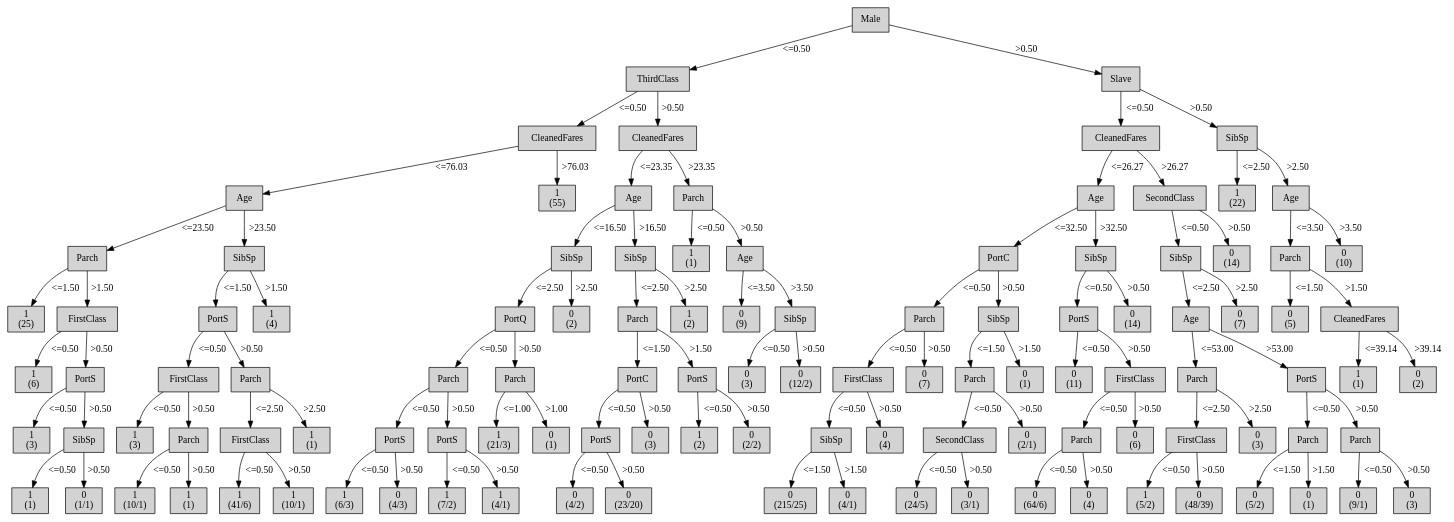
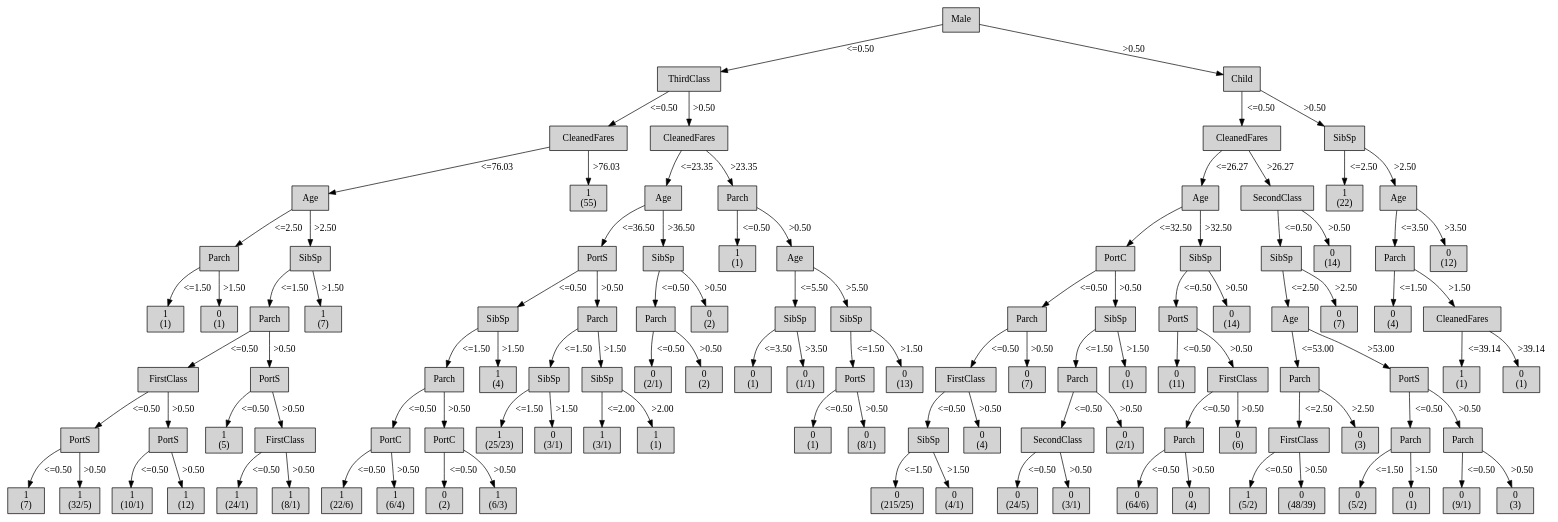
Before and after one commit to mklb/BI-Python3: the diagram in output/tree-generator-8/tree.dot, drawn with Graphviz. The commit also changed 14 other files, not shown here.

Commit message:
slave -> child

```diff
--- a/output/tree-generator-8/tree.dot
+++ b/output/tree-generator-8/tree.dot
@@ -12,395 +12,388 @@
 2 -> 3 [ label = "<=76.03"];
 "4" [shape=box, style=filled, label="Parch
 ", weight=5]
-3 -> 4 [ label = "<=23.50"];
+3 -> 4 [ label = "<=2.50"];
 "5" [shape=box, style=filled, label="1
-(25)
+(1)
 ", weight=6]
 4 -> 5 [ label = "<=1.50"];
-"6" [shape=box, style=filled, label="FirstClass
+"6" [shape=box, style=filled, label="0
+(1)
 ", weight=6]
 4 -> 6 [ label = ">1.50"];
-"7" [shape=box, style=filled, label="1
-(6)
+"7" [shape=box, style=filled, label="SibSp
+", weight=5]
+3 -> 7 [ label = ">2.50"];
+"8" [shape=box, style=filled, label="Parch
+", weight=6]
+7 -> 8 [ label = "<=1.50"];
+"9" [shape=box, style=filled, label="FirstClass
 ", weight=7]
-6 -> 7 [ label = "<=0.50"];
-"8" [shape=box, style=filled, label="PortS
-", weight=7]
-6 -> 8 [ label = ">0.50"];
-"9" [shape=box, style=filled, label="1
-(3)
+8 -> 9 [ label = "<=0.50"];
+"10" [shape=box, style=filled, label="PortS
 ", weight=8]
-8 -> 9 [ label = "<=0.50"];
-"10" [shape=box, style=filled, label="SibSp
-", weight=8]
-8 -> 10 [ label = ">0.50"];
+9 -> 10 [ label = "<=0.50"];
 "11" [shape=box, style=filled, label="1
-(1)
+(7)
 ", weight=9]
 10 -> 11 [ label = "<=0.50"];
-"12" [shape=box, style=filled, label="0
-(1/1)
+"12" [shape=box, style=filled, label="1
+(32/5)
 ", weight=9]
 10 -> 12 [ label = ">0.50"];
-"13" [shape=box, style=filled, label="SibSp
-", weight=5]
-3 -> 13 [ label = ">23.50"];
-"14" [shape=box, style=filled, label="PortS
-", weight=6]
-13 -> 14 [ label = "<=1.50"];
-"15" [shape=box, style=filled, label="FirstClass
-", weight=7]
-14 -> 15 [ label = "<=0.50"];
-"16" [shape=box, style=filled, label="1
-(3)
+"13" [shape=box, style=filled, label="PortS
 ", weight=8]
-15 -> 16 [ label = "<=0.50"];
-"17" [shape=box, style=filled, label="Parch
-", weight=8]
-15 -> 17 [ label = ">0.50"];
-"18" [shape=box, style=filled, label="1
+9 -> 13 [ label = ">0.50"];
+"14" [shape=box, style=filled, label="1
 (10/1)
 ", weight=9]
-17 -> 18 [ label = "<=0.50"];
+13 -> 14 [ label = "<=0.50"];
+"15" [shape=box, style=filled, label="1
+(12)
+", weight=9]
+13 -> 15 [ label = ">0.50"];
+"16" [shape=box, style=filled, label="PortS
+", weight=7]
+8 -> 16 [ label = ">0.50"];
+"17" [shape=box, style=filled, label="1
+(5)
+", weight=8]
+16 -> 17 [ label = "<=0.50"];
+"18" [shape=box, style=filled, label="FirstClass
+", weight=8]
+16 -> 18 [ label = ">0.50"];
 "19" [shape=box, style=filled, label="1
-(1)
+(24/1)
 ", weight=9]
-17 -> 19 [ label = ">0.50"];
-"20" [shape=box, style=filled, label="Parch
-", weight=7]
-14 -> 20 [ label = ">0.50"];
-"21" [shape=box, style=filled, label="FirstClass
-", weight=8]
-20 -> 21 [ label = "<=2.50"];
+18 -> 19 [ label = "<=0.50"];
+"20" [shape=box, style=filled, label="1
+(8/1)
+", weight=9]
+18 -> 20 [ label = ">0.50"];
+"21" [shape=box, style=filled, label="1
+(7)
+", weight=6]
+7 -> 21 [ label = ">1.50"];
 "22" [shape=box, style=filled, label="1
-(41/6)
-", weight=9]
-21 -> 22 [ label = "<=0.50"];
-"23" [shape=box, style=filled, label="1
-(10/1)
-", weight=9]
-21 -> 23 [ label = ">0.50"];
-"24" [shape=box, style=filled, label="1
-(1)
-", weight=8]
-20 -> 24 [ label = ">2.50"];
-"25" [shape=box, style=filled, label="1
-(4)
-", weight=6]
-13 -> 25 [ label = ">1.50"];
-"26" [shape=box, style=filled, label="1
 (55)
 ", weight=4]
-2 -> 26 [ label = ">76.03"];
-"27" [shape=box, style=filled, label="CleanedFares
+2 -> 22 [ label = ">76.03"];
+"23" [shape=box, style=filled, label="CleanedFares
 ", weight=3]
-1 -> 27 [ label = ">0.50"];
-"28" [shape=box, style=filled, label="Age
+1 -> 23 [ label = ">0.50"];
+"24" [shape=box, style=filled, label="Age
 ", weight=4]
-27 -> 28 [ label = "<=23.35"];
-"29" [shape=box, style=filled, label="SibSp
+23 -> 24 [ label = "<=23.35"];
+"25" [shape=box, style=filled, label="PortS
 ", weight=5]
-28 -> 29 [ label = "<=16.50"];
-"30" [shape=box, style=filled, label="PortQ
+24 -> 25 [ label = "<=36.50"];
+"26" [shape=box, style=filled, label="SibSp
 ", weight=6]
-29 -> 30 [ label = "<=2.50"];
-"31" [shape=box, style=filled, label="Parch
+25 -> 26 [ label = "<=0.50"];
+"27" [shape=box, style=filled, label="Parch
 ", weight=7]
-30 -> 31 [ label = "<=0.50"];
-"32" [shape=box, style=filled, label="PortS
+26 -> 27 [ label = "<=1.50"];
+"28" [shape=box, style=filled, label="PortC
 ", weight=8]
+27 -> 28 [ label = "<=0.50"];
+"29" [shape=box, style=filled, label="1
+(22/6)
+", weight=9]
+28 -> 29 [ label = "<=0.50"];
+"30" [shape=box, style=filled, label="1
+(6/4)
+", weight=9]
+28 -> 30 [ label = ">0.50"];
+"31" [shape=box, style=filled, label="PortC
+", weight=8]
+27 -> 31 [ label = ">0.50"];
+"32" [shape=box, style=filled, label="0
+(2)
+", weight=9]
 31 -> 32 [ label = "<=0.50"];
 "33" [shape=box, style=filled, label="1
 (6/3)
 ", weight=9]
-32 -> 33 [ label = "<=0.50"];
-"34" [shape=box, style=filled, label="0
-(4/3)
+31 -> 33 [ label = ">0.50"];
+"34" [shape=box, style=filled, label="1
+(4)
+", weight=7]
+26 -> 34 [ label = ">1.50"];
+"35" [shape=box, style=filled, label="Parch
+", weight=6]
+25 -> 35 [ label = ">0.50"];
+"36" [shape=box, style=filled, label="SibSp
+", weight=7]
+35 -> 36 [ label = "<=1.50"];
+"37" [shape=box, style=filled, label="1
+(25/23)
+", weight=8]
+36 -> 37 [ label = "<=1.50"];
+"38" [shape=box, style=filled, label="0
+(3/1)
+", weight=8]
+36 -> 38 [ label = ">1.50"];
+"39" [shape=box, style=filled, label="SibSp
+", weight=7]
+35 -> 39 [ label = ">1.50"];
+"40" [shape=box, style=filled, label="1
+(3/1)
+", weight=8]
+39 -> 40 [ label = "<=2.00"];
+"41" [shape=box, style=filled, label="1
+(1)
+", weight=8]
+39 -> 41 [ label = ">2.00"];
+"42" [shape=box, style=filled, label="SibSp
+", weight=5]
+24 -> 42 [ label = ">36.50"];
+"43" [shape=box, style=filled, label="Parch
+", weight=6]
+42 -> 43 [ label = "<=0.50"];
+"44" [shape=box, style=filled, label="0
+(2/1)
+", weight=7]
+43 -> 44 [ label = "<=0.50"];
+"45" [shape=box, style=filled, label="0
+(2)
+", weight=7]
+43 -> 45 [ label = ">0.50"];
+"46" [shape=box, style=filled, label="0
+(2)
+", weight=6]
+42 -> 46 [ label = ">0.50"];
+"47" [shape=box, style=filled, label="Parch
+", weight=4]
+23 -> 47 [ label = ">23.35"];
+"48" [shape=box, style=filled, label="1
+(1)
+", weight=5]
+47 -> 48 [ label = "<=0.50"];
+"49" [shape=box, style=filled, label="Age
+", weight=5]
+47 -> 49 [ label = ">0.50"];
+"50" [shape=box, style=filled, label="SibSp
+", weight=6]
+49 -> 50 [ label = "<=5.50"];
+"51" [shape=box, style=filled, label="0
+(1)
+", weight=7]
+50 -> 51 [ label = "<=3.50"];
+"52" [shape=box, style=filled, label="0
+(1/1)
+", weight=7]
+50 -> 52 [ label = ">3.50"];
+"53" [shape=box, style=filled, label="SibSp
+", weight=6]
+49 -> 53 [ label = ">5.50"];
+"54" [shape=box, style=filled, label="PortS
+", weight=7]
+53 -> 54 [ label = "<=1.50"];
+"55" [shape=box, style=filled, label="0
+(1)
+", weight=8]
+54 -> 55 [ label = "<=0.50"];
+"56" [shape=box, style=filled, label="0
+(8/1)
+", weight=8]
+54 -> 56 [ label = ">0.50"];
+"57" [shape=box, style=filled, label="0
+(13)
+", weight=7]
+53 -> 57 [ label = ">1.50"];
+"58" [shape=box, style=filled, label="Child
+", weight=2]
+0 -> 58 [ label = ">0.50"];
+"59" [shape=box, style=filled, label="CleanedFares
+", weight=3]
+58 -> 59 [ label = "<=0.50"];
+"60" [shape=box, style=filled, label="Age
+", weight=4]
+59 -> 60 [ label = "<=26.27"];
+"61" [shape=box, style=filled, label="PortC
+", weight=5]
+60 -> 61 [ label = "<=32.50"];
+"62" [shape=box, style=filled, label="Parch
+", weight=6]
+61 -> 62 [ label = "<=0.50"];
+"63" [shape=box, style=filled, label="FirstClass
+", weight=7]
+62 -> 63 [ label = "<=0.50"];
+"64" [shape=box, style=filled, label="SibSp
+", weight=8]
+63 -> 64 [ label = "<=0.50"];
+"65" [shape=box, style=filled, label="0
+(215/25)
 ", weight=9]
-32 -> 34 [ label = ">0.50"];
-"35" [shape=box, style=filled, label="PortS
-", weight=8]
-31 -> 35 [ label = ">0.50"];
-"36" [shape=box, style=filled, label="1
-(7/2)
-", weight=9]
-35 -> 36 [ label = "<=0.50"];
-"37" [shape=box, style=filled, label="1
+64 -> 65 [ label = "<=1.50"];
+"66" [shape=box, style=filled, label="0
 (4/1)
 ", weight=9]
-35 -> 37 [ label = ">0.50"];
-"38" [shape=box, style=filled, label="Parch
+64 -> 66 [ label = ">1.50"];
+"67" [shape=box, style=filled, label="0
+(4)
+", weight=8]
+63 -> 67 [ label = ">0.50"];
+"68" [shape=box, style=filled, label="0
+(7)
 ", weight=7]
-30 -> 38 [ label = ">0.50"];
-"39" [shape=box, style=filled, label="1
-(21/3)
+62 -> 68 [ label = ">0.50"];
+"69" [shape=box, style=filled, label="SibSp
+", weight=6]
+61 -> 69 [ label = ">0.50"];
+"70" [shape=box, style=filled, label="Parch
+", weight=7]
+69 -> 70 [ label = "<=1.50"];
+"71" [shape=box, style=filled, label="SecondClass
 ", weight=8]
-38 -> 39 [ label = "<=1.00"];
-"40" [shape=box, style=filled, label="0
+70 -> 71 [ label = "<=0.50"];
+"72" [shape=box, style=filled, label="0
+(24/5)
+", weight=9]
+71 -> 72 [ label = "<=0.50"];
+"73" [shape=box, style=filled, label="0
+(3/1)
+", weight=9]
+71 -> 73 [ label = ">0.50"];
+"74" [shape=box, style=filled, label="0
+(2/1)
+", weight=8]
+70 -> 74 [ label = ">0.50"];
+"75" [shape=box, style=filled, label="0
 (1)
+", weight=7]
+69 -> 75 [ label = ">1.50"];
+"76" [shape=box, style=filled, label="SibSp
+", weight=5]
+60 -> 76 [ label = ">32.50"];
+"77" [shape=box, style=filled, label="PortS
+", weight=6]
+76 -> 77 [ label = "<=0.50"];
+"78" [shape=box, style=filled, label="0
+(11)
+", weight=7]
+77 -> 78 [ label = "<=0.50"];
+"79" [shape=box, style=filled, label="FirstClass
+", weight=7]
+77 -> 79 [ label = ">0.50"];
+"80" [shape=box, style=filled, label="Parch
 ", weight=8]
-38 -> 40 [ label = ">1.00"];
-"41" [shape=box, style=filled, label="0
-(2)
+79 -> 80 [ label = "<=0.50"];
+"81" [shape=box, style=filled, label="0
+(64/6)
+", weight=9]
+80 -> 81 [ label = "<=0.50"];
+"82" [shape=box, style=filled, label="0
+(4)
+", weight=9]
+80 -> 82 [ label = ">0.50"];
+"83" [shape=box, style=filled, label="0
+(6)
+", weight=8]
+79 -> 83 [ label = ">0.50"];
+"84" [shape=box, style=filled, label="0
+(14)
 ", weight=6]
-29 -> 41 [ label = ">2.50"];
-"42" [shape=box, style=filled, label="SibSp
+76 -> 84 [ label = ">0.50"];
+"85" [shape=box, style=filled, label="SecondClass
+", weight=4]
+59 -> 85 [ label = ">26.27"];
+"86" [shape=box, style=filled, label="SibSp
 ", weight=5]
-28 -> 42 [ label = ">16.50"];
-"43" [shape=box, style=filled, label="Parch
+85 -> 86 [ label = "<=0.50"];
+"87" [shape=box, style=filled, label="Age
 ", weight=6]
-42 -> 43 [ label = "<=2.50"];
-"44" [shape=box, style=filled, label="PortC
+86 -> 87 [ label = "<=2.50"];
+"88" [shape=box, style=filled, label="Parch
 ", weight=7]
-43 -> 44 [ label = "<=1.50"];
-"45" [shape=box, style=filled, label="PortS
+87 -> 88 [ label = "<=53.00"];
+"89" [shape=box, style=filled, label="FirstClass
 ", weight=8]
-44 -> 45 [ label = "<=0.50"];
-"46" [shape=box, style=filled, label="0
-(4/2)
+88 -> 89 [ label = "<=2.50"];
+"90" [shape=box, style=filled, label="1
+(5/2)
 ", weight=9]
-45 -> 46 [ label = "<=0.50"];
-"47" [shape=box, style=filled, label="0
-(23/20)
+89 -> 90 [ label = "<=0.50"];
+"91" [shape=box, style=filled, label="0
+(48/39)
 ", weight=9]
-45 -> 47 [ label = ">0.50"];
-"48" [shape=box, style=filled, label="0
+89 -> 91 [ label = ">0.50"];
+"92" [shape=box, style=filled, label="0
 (3)
 ", weight=8]
-44 -> 48 [ label = ">0.50"];
-"49" [shape=box, style=filled, label="PortS
+88 -> 92 [ label = ">2.50"];
+"93" [shape=box, style=filled, label="PortS
 ", weight=7]
-43 -> 49 [ label = ">1.50"];
-"50" [shape=box, style=filled, label="1
-(2)
+87 -> 93 [ label = ">53.00"];
+"94" [shape=box, style=filled, label="Parch
 ", weight=8]
-49 -> 50 [ label = "<=0.50"];
-"51" [shape=box, style=filled, label="0
-(2/2)
+93 -> 94 [ label = "<=0.50"];
+"95" [shape=box, style=filled, label="0
+(5/2)
+", weight=9]
+94 -> 95 [ label = "<=1.50"];
+"96" [shape=box, style=filled, label="0
+(1)
+", weight=9]
+94 -> 96 [ label = ">1.50"];
+"97" [shape=box, style=filled, label="Parch
 ", weight=8]
-49 -> 51 [ label = ">0.50"];
-"52" [shape=box, style=filled, label="1
-(2)
+93 -> 97 [ label = ">0.50"];
+"98" [shape=box, style=filled, label="0
+(9/1)
+", weight=9]
+97 -> 98 [ label = "<=0.50"];
+"99" [shape=box, style=filled, label="0
+(3)
+", weight=9]
+97 -> 99 [ label = ">0.50"];
+"100" [shape=box, style=filled, label="0
+(7)
 ", weight=6]
-42 -> 52 [ label = ">2.50"];
-"53" [shape=box, style=filled, label="Parch
+86 -> 100 [ label = ">2.50"];
+"101" [shape=box, style=filled, label="0
+(14)
+", weight=5]
+85 -> 101 [ label = ">0.50"];
+"102" [shape=box, style=filled, label="SibSp
+", weight=3]
+58 -> 102 [ label = ">0.50"];
+"103" [shape=box, style=filled, label="1
+(22)
 ", weight=4]
-27 -> 53 [ label = ">23.35"];
-"54" [shape=box, style=filled, label="1
-(1)
+102 -> 103 [ label = "<=2.50"];
+"104" [shape=box, style=filled, label="Age
+", weight=4]
+102 -> 104 [ label = ">2.50"];
+"105" [shape=box, style=filled, label="Parch
 ", weight=5]
-53 -> 54 [ label = "<=0.50"];
-"55" [shape=box, style=filled, label="Age
-", weight=5]
-53 -> 55 [ label = ">0.50"];
-"56" [shape=box, style=filled, label="0
-(9)
+104 -> 105 [ label = "<=3.50"];
+"106" [shape=box, style=filled, label="0
+(4)
 ", weight=6]
-55 -> 56 [ label = "<=3.50"];
-"57" [shape=box, style=filled, label="SibSp
+105 -> 106 [ label = "<=1.50"];
+"107" [shape=box, style=filled, label="CleanedFares
 ", weight=6]
-55 -> 57 [ label = ">3.50"];
-"58" [shape=box, style=filled, label="0
-(3)
-", weight=7]
-57 -> 58 [ label = "<=0.50"];
-"59" [shape=box, style=filled, label="0
-(12/2)
-", weight=7]
-57 -> 59 [ label = ">0.50"];
-"60" [shape=box, style=filled, label="Slave
-", weight=2]
-0 -> 60 [ label = ">0.50"];
-"61" [shape=box, style=filled, label="CleanedFares
-", weight=3]
-60 -> 61 [ label = "<=0.50"];
-"62" [shape=box, style=filled, label="Age
-", weight=4]
-61 -> 62 [ label = "<=26.27"];
-"63" [shape=box, style=filled, label="PortC
-", weight=5]
-62 -> 63 [ label = "<=32.50"];
-"64" [shape=box, style=filled, label="Parch
-", weight=6]
-63 -> 64 [ label = "<=0.50"];
-"65" [shape=box, style=filled, label="FirstClass
-", weight=7]
-64 -> 65 [ label = "<=0.50"];
-"66" [shape=box, style=filled, label="SibSp
-", weight=8]
-65 -> 66 [ label = "<=0.50"];
-"67" [shape=box, style=filled, label="0
-(215/25)
-", weight=9]
-66 -> 67 [ label = "<=1.50"];
-"68" [shape=box, style=filled, label="0
-(4/1)
-", weight=9]
-66 -> 68 [ label = ">1.50"];
-"69" [shape=box, style=filled, label="0
-(4)
-", weight=8]
-65 -> 69 [ label = ">0.50"];
-"70" [shape=box, style=filled, label="0
-(7)
-", weight=7]
-64 -> 70 [ label = ">0.50"];
-"71" [shape=box, style=filled, label="SibSp
-", weight=6]
-63 -> 71 [ label = ">0.50"];
-"72" [shape=box, style=filled, label="Parch
-", weight=7]
-71 -> 72 [ label = "<=1.50"];
-"73" [shape=box, style=filled, label="SecondClass
-", weight=8]
-72 -> 73 [ label = "<=0.50"];
-"74" [shape=box, style=filled, label="0
-(24/5)
-", weight=9]
-73 -> 74 [ label = "<=0.50"];
-"75" [shape=box, style=filled, label="0
-(3/1)
-", weight=9]
-73 -> 75 [ label = ">0.50"];
-"76" [shape=box, style=filled, label="0
-(2/1)
-", weight=8]
-72 -> 76 [ label = ">0.50"];
-"77" [shape=box, style=filled, label="0
+105 -> 107 [ label = ">1.50"];
+"108" [shape=box, style=filled, label="1
 (1)
 ", weight=7]
-71 -> 77 [ label = ">1.50"];
-"78" [shape=box, style=filled, label="SibSp
-", weight=5]
-62 -> 78 [ label = ">32.50"];
-"79" [shape=box, style=filled, label="PortS
-", weight=6]
-78 -> 79 [ label = "<=0.50"];
-"80" [shape=box, style=filled, label="0
-(11)
-", weight=7]
-79 -> 80 [ label = "<=0.50"];
-"81" [shape=box, style=filled, label="FirstClass
-", weight=7]
-79 -> 81 [ label = ">0.50"];
-"82" [shape=box, style=filled, label="Parch
-", weight=8]
-81 -> 82 [ label = "<=0.50"];
-"83" [shape=box, style=filled, label="0
-(64/6)
-", weight=9]
-82 -> 83 [ label = "<=0.50"];
-"84" [shape=box, style=filled, label="0
-(4)
-", weight=9]
-82 -> 84 [ label = ">0.50"];
-"85" [shape=box, style=filled, label="0
-(6)
-", weight=8]
-81 -> 85 [ label = ">0.50"];
-"86" [shape=box, style=filled, label="0
-(14)
-", weight=6]
-78 -> 86 [ label = ">0.50"];
-"87" [shape=box, style=filled, label="SecondClass
-", weight=4]
-61 -> 87 [ label = ">26.27"];
-"88" [shape=box, style=filled, label="SibSp
-", weight=5]
-87 -> 88 [ label = "<=0.50"];
-"89" [shape=box, style=filled, label="Age
-", weight=6]
-88 -> 89 [ label = "<=2.50"];
-"90" [shape=box, style=filled, label="Parch
-", weight=7]
-89 -> 90 [ label = "<=53.00"];
-"91" [shape=box, style=filled, label="FirstClass
-", weight=8]
-90 -> 91 [ label = "<=2.50"];
-"92" [shape=box, style=filled, label="1
-(5/2)
-", weight=9]
-91 -> 92 [ label = "<=0.50"];
-"93" [shape=box, style=filled, label="0
-(48/39)
-", weight=9]
-91 -> 93 [ label = ">0.50"];
-"94" [shape=box, style=filled, label="0
-(3)
-", weight=8]
-90 -> 94 [ label = ">2.50"];
-"95" [shape=box, style=filled, label="PortS
-", weight=7]
-89 -> 95 [ label = ">53.00"];
-"96" [shape=box, style=filled, label="Parch
-", weight=8]
-95 -> 96 [ label = "<=0.50"];
-"97" [shape=box, style=filled, label="0
-(5/2)
-", weight=9]
-96 -> 97 [ label = "<=1.50"];
-"98" [shape=box, style=filled, label="0
-(1)
-", weight=9]
-96 -> 98 [ label = ">1.50"];
-"99" [shape=box, style=filled, label="Parch
-", weight=8]
-95 -> 99 [ label = ">0.50"];
-"100" [shape=box, style=filled, label="0
-(9/1)
-", weight=9]
-99 -> 100 [ label = "<=0.50"];
-"101" [shape=box, style=filled, label="0
-(3)
-", weight=9]
-99 -> 101 [ label = ">0.50"];
-"102" [shape=box, style=filled, label="0
-(7)
-", weight=6]
-88 -> 102 [ label = ">2.50"];
-"103" [shape=box, style=filled, label="0
-(14)
-", weight=5]
-87 -> 103 [ label = ">0.50"];
-"104" [shape=box, style=filled, label="SibSp
-", weight=3]
-60 -> 104 [ label = ">0.50"];
-"105" [shape=box, style=filled, label="1
-(22)
-", weight=4]
-104 -> 105 [ label = "<=2.50"];
-"106" [shape=box, style=filled, label="Age
-", weight=4]
-104 -> 106 [ label = ">2.50"];
-"107" [shape=box, style=filled, label="Parch
-", weight=5]
-106 -> 107 [ label = "<=3.50"];
-"108" [shape=box, style=filled, label="0
-(5)
-", weight=6]
-107 -> 108 [ label = "<=1.50"];
-"109" [shape=box, style=filled, label="CleanedFares
-", weight=6]
-107 -> 109 [ label = ">1.50"];
-"110" [shape=box, style=filled, label="1
+107 -> 108 [ label = "<=39.14"];
+"109" [shape=box, style=filled, label="0
 (1)
 ", weight=7]
-109 -> 110 [ label = "<=39.14"];
-"111" [shape=box, style=filled, label="0
-(2)
-", weight=7]
-109 -> 111 [ label = ">39.14"];
-"112" [shape=box, style=filled, label="0
-(10)
+107 -> 109 [ label = ">39.14"];
+"110" [shape=box, style=filled, label="0
+(12)
 ", weight=5]
-106 -> 112 [ label = ">3.50"];
+104 -> 110 [ label = ">3.50"];
 {rank=same; 0;};
-{rank=same; 1;60;};
-{rank=same; 2;27;61;104;};
-{rank=same; 3;26;28;53;62;87;105;106;};
-{rank=same; 4;13;29;42;54;55;63;78;88;103;107;112;};
-{rank=same; 5;6;14;25;30;41;43;52;56;57;64;71;79;86;89;102;108;109;};
-{rank=same; 7;8;15;20;31;38;44;49;58;59;65;70;72;77;80;81;90;95;110;111;};
-{rank=same; 9;10;16;17;21;24;32;35;39;40;45;48;50;51;66;69;73;76;82;85;91;94;96;99;};
-{rank=same; 11;12;18;19;22;23;33;34;36;37;46;47;67;68;74;75;83;84;92;93;97;98;100;101;};
+{rank=same; 1;58;};
+{rank=same; 2;23;59;102;};
+{rank=same; 3;22;24;47;60;85;103;104;};
+{rank=same; 4;7;25;42;48;49;61;76;86;101;105;110;};
+{rank=same; 5;6;8;21;26;35;43;46;50;53;62;69;77;84;87;100;106;107;};
+{rank=same; 9;16;27;34;36;39;44;45;51;52;54;57;63;68;70;75;78;79;88;93;108;109;};
+{rank=same; 10;13;17;18;28;31;37;38;40;41;55;56;64;67;71;74;80;83;89;92;94;97;};
+{rank=same; 11;12;14;15;19;20;29;30;32;33;65;66;72;73;81;82;90;91;95;96;98;99;};
 }
```
